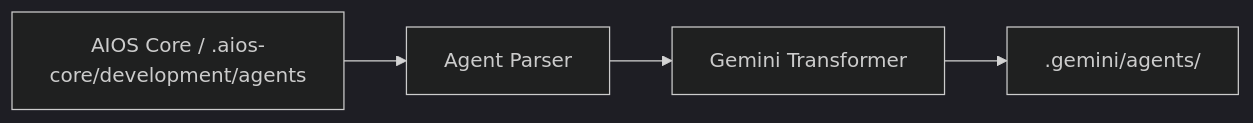
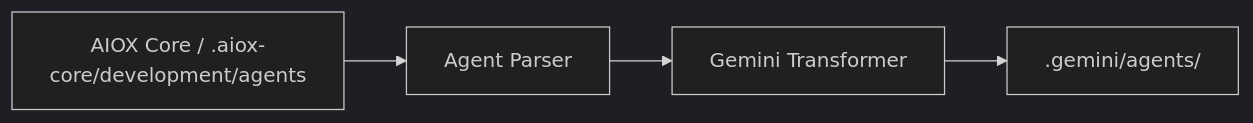
One commit to bychrisr/aios-docs changed the diagram in content/es/docs/platforms/gemini-cli.mdx. Above: the diagram before and after it, drawn with Mermaid (dark theme). The commit also changed other lines of this file and 564 other files, not shown here.

Commit message:
chore(sync): auto-sync from aios-core 2026-03-05 [skip ci]

````diff
--- a/content/es/docs/platforms/gemini-cli.mdx
+++ b/content/es/docs/platforms/gemini-cli.mdx
@@ -320,6 +320,6 @@
 ```mermaid
 flowchart LR
-    Source["AIOS Core / .aios-core/development/agents"] --> Parser["Agent Parser"]
+    Source["AIOX Core / .aiox-core/development/agents"] --> Parser["Agent Parser"]
     Parser --> Transform["Gemini Transformer"]
     Transform --> Output[".gemini/agents/"]
 ```
````
